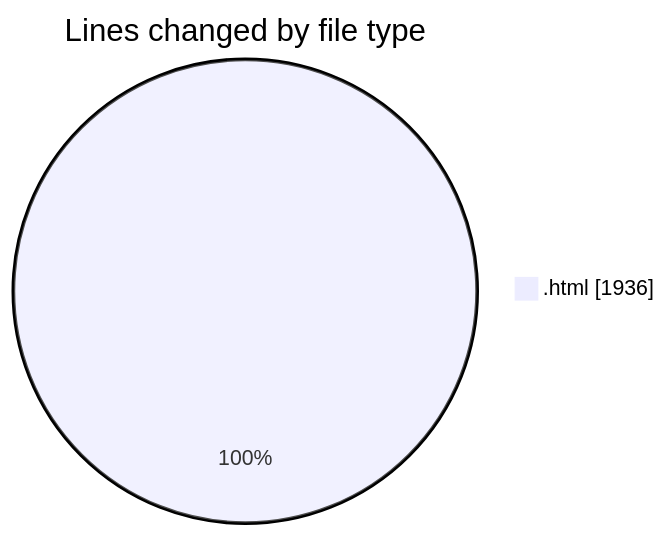
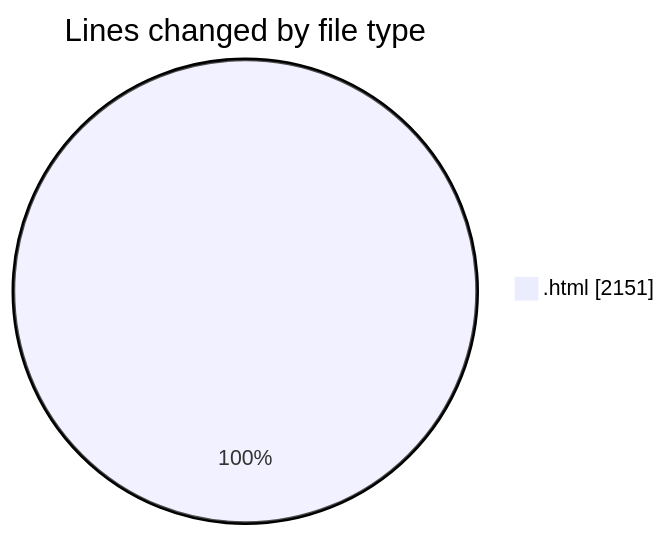
Before and after one commit to shibass792/code-tracking: the first of 2 diagrams in 2026-07-11/untitled__workspace_/README.md, drawn with Mermaid. The commit also changed other lines of this file and 1 other file, not shown here.

````diff
--- a/2026-07-11/untitled__workspace_/README.md
+++ b/2026-07-11/untitled__workspace_/README.md
@@ -20,5 +20,5 @@
 ```mermaid
 pie showData
 title Lines changed by file type
-".html" : 1936
+".html" : 2151
 ```
````
